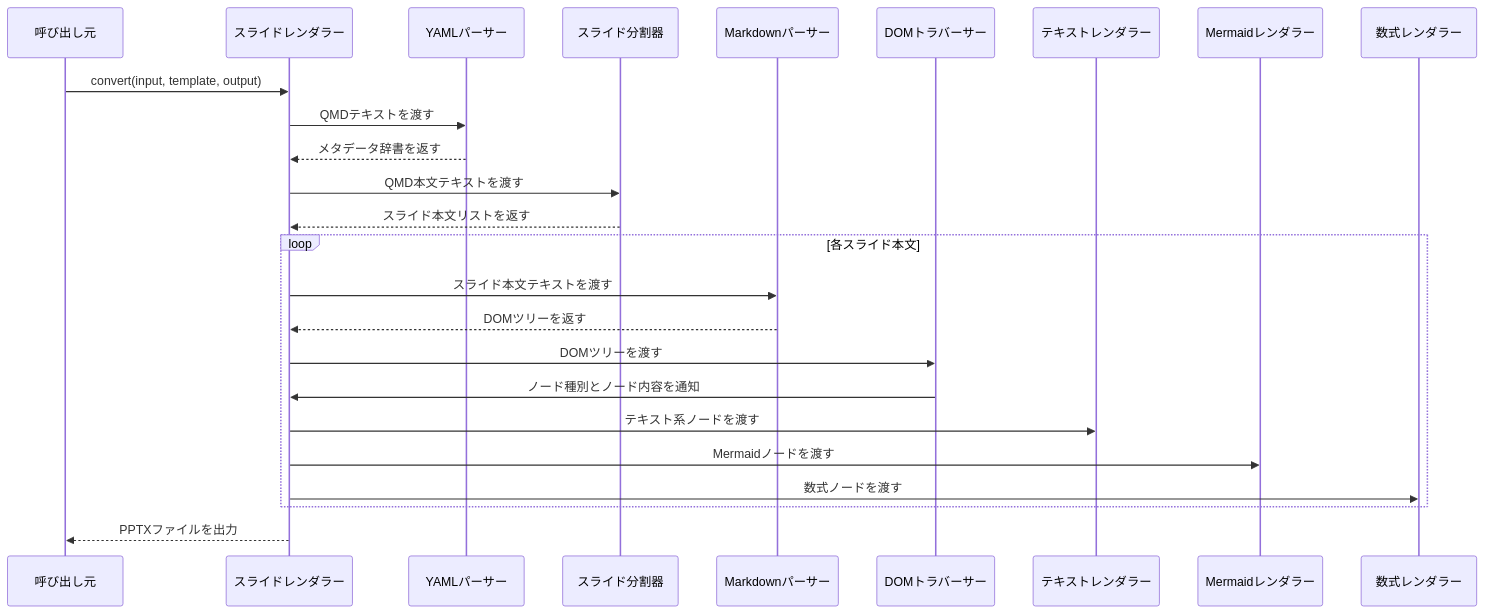
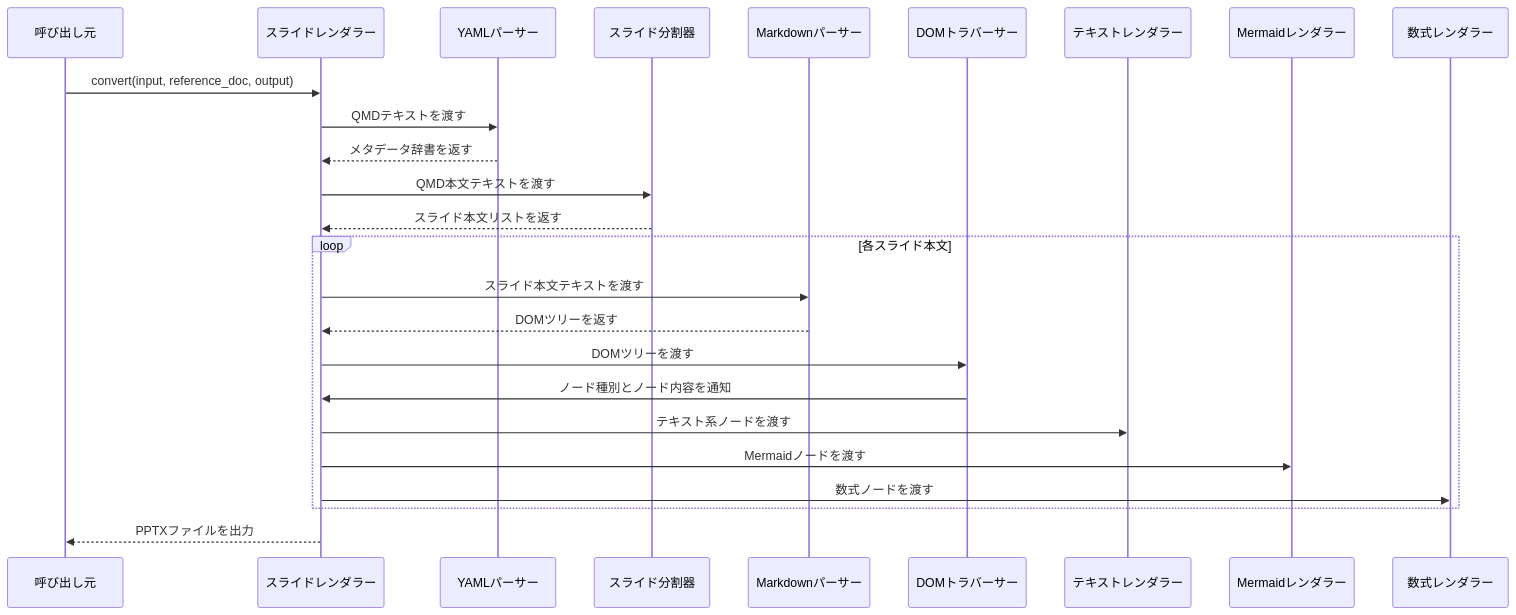
Before and after one commit to notfolder/qmd_to_pptx: the fifth of 5 diagrams in docs/QMD_TO_PPTX_DESIGN.md, drawn with Mermaid. The commit also changed other lines of this file, not shown here.

````diff
--- a/docs/QMD_TO_PPTX_DESIGN.md
+++ b/docs/QMD_TO_PPTX_DESIGN.md
@@ -228,30 +260,30 @@
 ```mermaid
 sequenceDiagram
     participant 呼び出し元
     participant スライドレンダラー
     participant YAMLパーサー
     participant スライド分割器
     participant Markdownパーサー
     participant DOMトラバーサー
     participant テキストレンダラー
     participant Mermaidレンダラー
     participant 数式レンダラー
 
-    呼び出し元 ->> スライドレンダラー: convert(input, template, output)
+    呼び出し元 ->> スライドレンダラー: convert(input, reference_doc, output)
     スライドレンダラー ->> YAMLパーサー: QMDテキストを渡す
     YAMLパーサー -->> スライドレンダラー: メタデータ辞書を返す
     スライドレンダラー ->> スライド分割器: QMD本文テキストを渡す
     スライド分割器 -->> スライドレンダラー: スライド本文リストを返す
 
     loop 各スライド本文
         スライドレンダラー ->> Markdownパーサー: スライド本文テキストを渡す
         Markdownパーサー -->> スライドレンダラー: DOMツリーを返す
         スライドレンダラー ->> DOMトラバーサー: DOMツリーを渡す
         DOMトラバーサー ->> スライドレンダラー: ノード種別とノード内容を通知
         スライドレンダラー ->> テキストレンダラー: テキスト系ノードを渡す
         スライドレンダラー ->> Mermaidレンダラー: Mermaidノードを渡す
         スライドレンダラー ->> 数式レンダラー: 数式ノードを渡す
     end
 
     スライドレンダラー -->> 呼び出し元: PPTXファイルを出力
 ```
````
